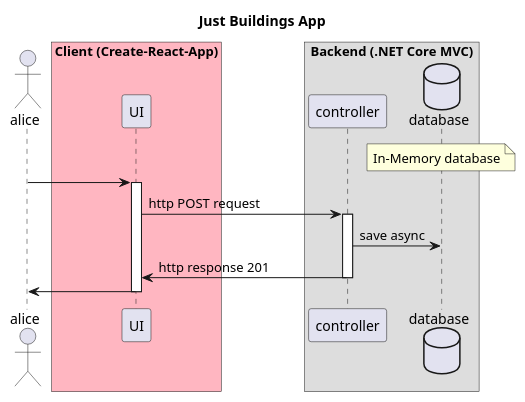
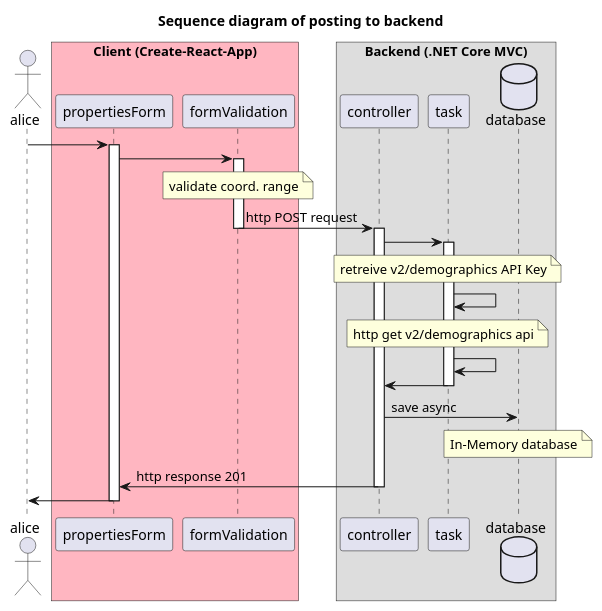
Before and after one commit to justinyng/dot-net-core-web-api: the diagram in sequenceDiagram.wsd, drawn with PlantUML. The commit also changed 2 other files, not shown here.

Commit message:
Updated readme and diagrams

```diff
--- a/sequenceDiagram.wsd
+++ b/sequenceDiagram.wsd
@@ -1,23 +1,36 @@
 @startuml
-title Just Buildings App
+title Sequence diagram of posting to backend
 
 actor alice
 box "Client (Create-React-App)" #LightPink
-participant UI
+participant propertiesForm
+participant formValidation
 end box
 
 box "Backend (.NET Core MVC)"
 participant controller
+participant task
 database database
-note over database: In-Memory database
+
 end box
 
-alice -> UI ++
-UI -> controller ++: http POST request
+alice -> propertiesForm ++
+propertiesForm -> formValidation ++
+note over formValidation: validate coord. range
+formValidation -> controller --++: http POST request
+formValidation --
+controller -> task ++
+note over task: retreive v2/demographics API Key
+task -> task 
+note over task: http get v2/demographics api
+task -> task
+task -> controller --
+
 controller -> database: save async
+note over database: In-Memory database
 
-controller -> UI --: http response 201
-UI -> alice --
+controller -> propertiesForm --: http response 201
+propertiesForm -> alice --
 
 
 @enduml
```
